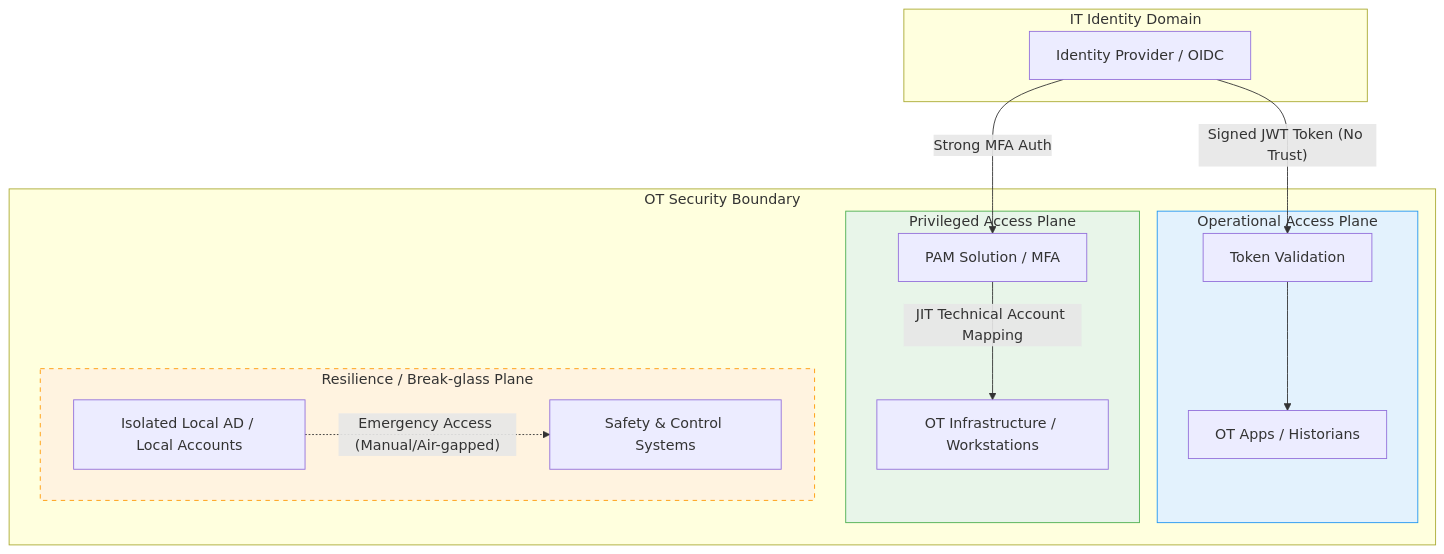
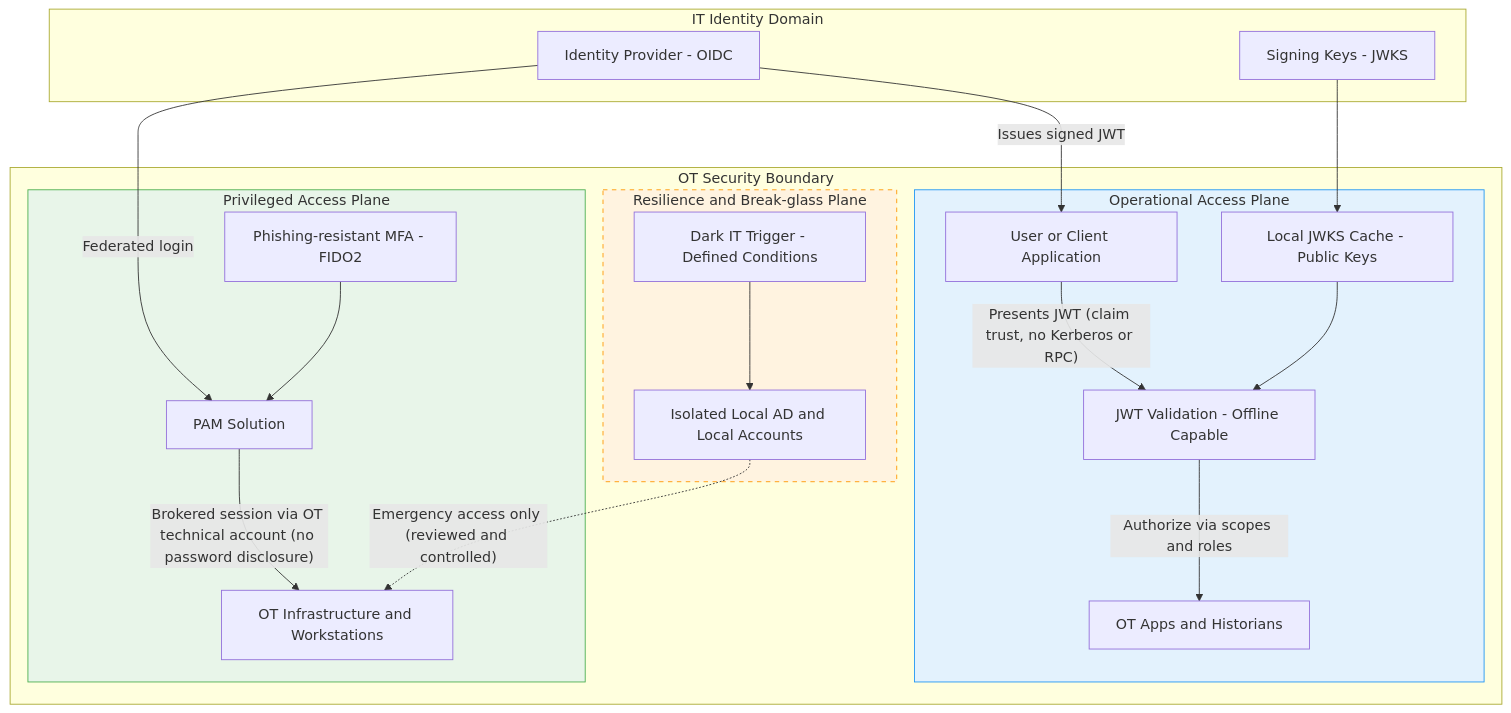
The diagram in diagrams/identity-access-planes.md (mattiaspilroth/ot-security-notes), drawn with Mermaid before and after one commit.

Commit message:
Refine identity access planes diagram with updates

````diff
--- a/diagrams/identity-access-planes.md
+++ b/diagrams/identity-access-planes.md
@@ -1,39 +1,49 @@
 ```mermaid
 graph TD
     subgraph IT_Domain [IT Identity Domain]
-        IDP[Identity Provider / OIDC]
+        IDP[Identity Provider - OIDC]
+        JWKS[Signing Keys - JWKS]
     end
 
     subgraph OT_Domain [OT Security Boundary]
         subgraph OP_Plane [Operational Access Plane]
-            TokenValidate[Token Validation]
-            Apps[OT Apps / Historians]
+            Client[User or Client Application]
+            KeyCache[Local JWKS Cache - Public Keys]
+            TokenValidate[JWT Validation - Offline Capable]
+            Apps[OT Apps and Historians]
         end
 
         subgraph PRIV_Plane [Privileged Access Plane]
-            PAM[PAM Solution / MFA]
-            Servers[OT Infrastructure / Workstations]
+            PAM[PAM Solution]
+            MFA[Phishing-resistant MFA - FIDO2]
+            Servers[OT Infrastructure and Workstations]
         end
 
-        subgraph RES_Plane [Resilience / Break-glass Plane]
-            LocalAD[Isolated Local AD / Local Accounts]
-            Critical[Safety & Control Systems]
+        subgraph RES_Plane [Resilience and Break-glass Plane]
+            Trigger[Dark IT Trigger - Defined Conditions]
+            LocalAD[Isolated Local AD and Local Accounts]
         end
     end
 
-    %% Operational Flow
-    IDP -- "Signed JWT Token (No Trust)" --> TokenValidate
-    TokenValidate --> Apps
+    %% Operational Flow (Claim Trust)
+    JWKS --> KeyCache
+    IDP -- "Issues signed JWT" --> Client
+    Client -- "Presents JWT (claim trust, no Kerberos or RPC)" --> TokenValidate
+    KeyCache --> TokenValidate
+    TokenValidate -- "Authorize via scopes and roles" --> Apps
 
-    %% Privileged Flow
-    IDP -- "Strong MFA Auth" --> PAM
-    PAM -- "JIT Technical Account Mapping" --> Servers
+    %% Privileged Flow (Mediated Admin)
+    IDP -- "Federated login" --> PAM
+    MFA --> PAM
+    PAM -- "Brokered session via OT technical account (no password disclosure)" --> Servers
 
-    %% Resilience Flow
-    LocalAD -. "Emergency Access (Manual/Air-gapped)" .-> Critical
+    %% Resilience Flow (Exceptional Only)
+    Trigger --> LocalAD
+    LocalAD -. "Emergency access only (reviewed and controlled)" .-> Servers
 
     %% Styling
     style RES_Plane fill:#fff3e0,stroke:#ff9800,stroke-dasharray: 5 5
     style PRIV_Plane fill:#e8f5e9,stroke:#4caf50
     style OP_Plane fill:#e3f2fd,stroke:#2196f3
+
 ```
````
